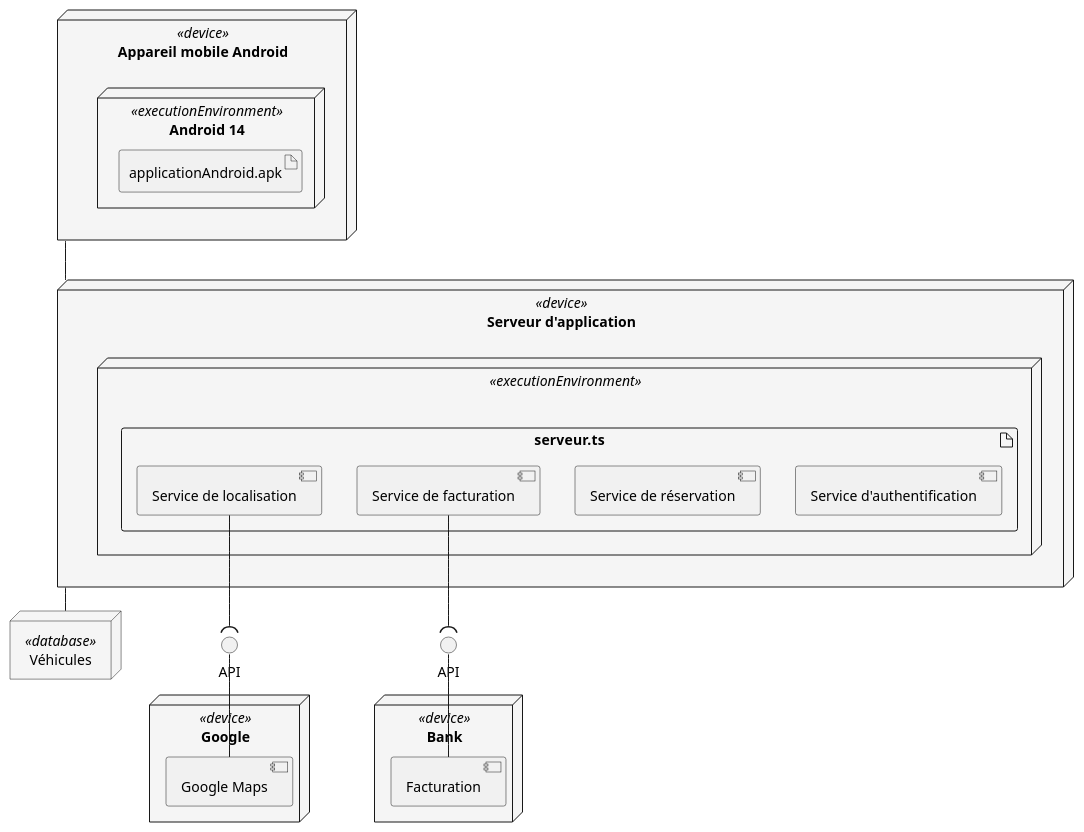
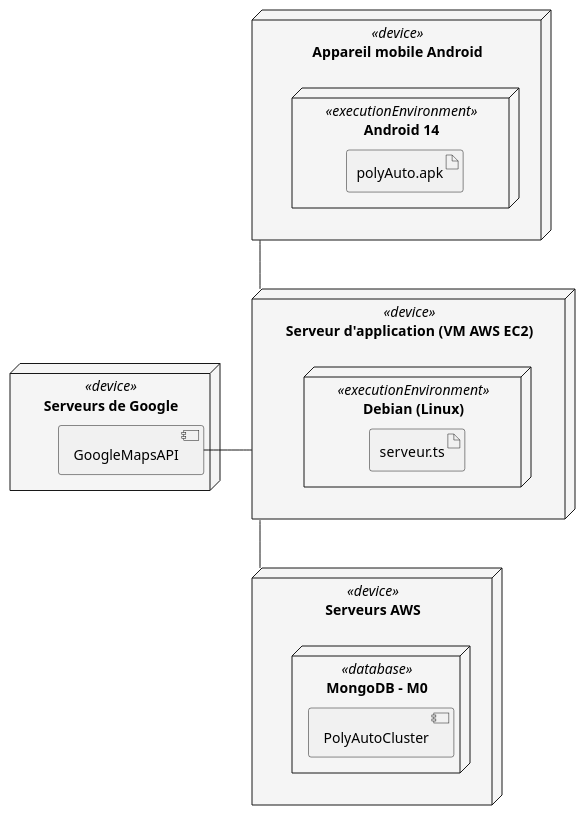
The diagram in plant_uml/exempleDiagDeployment.plantuml (gigl-uml/Guide_uml_polymtl), drawn with PlantUML before and after one commit. The commit also changed 2 other files, not shown here.

Commit message:
deployment diagram exemple client serveur'

```diff
--- a/plant_uml/exempleDiagDeployment.plantuml
+++ b/plant_uml/exempleDiagDeployment.plantuml
@@ -1,43 +1,42 @@
 @startuml
 skinparam backgroundcolor transparent
 skinparam NodeBackgroundColor whitesmoke
 skinparam linetype ortho
  
 node "Appareil mobile Android" as androidDevice <<device>>{
   node "Android 14" <<executionEnvironment>> {
-      artifact "applicationAndroid.apk"
+      artifact "polyAuto.apk"
   }
 }
 
-node "Serveur d'application" as backend <<device>> {
-  node " " <<executionEnvironment>> {
-    artifact serveur.ts {
-      component "Service d'authentification" as authservice
-      component "Service de réservation" as bookingservice
-      component "Service de localisation" as locationservice
-      component "Service de facturation" as billingservice
-    }
+
+
+node "Serveur d'application (VM AWS EC2)" as backend <<device>> {
+  node "Debian (Linux)" <<executionEnvironment>> {
+    artifact serveur.ts
   }
 }
 
-node Google <<device>> {
-  component "Google Maps" as gmaps
+
+
+
+node "Serveurs de Google" <<device>> {
+  component "GoogleMapsAPI" as gmaps
 }
 
-node Bank <<device>> {
-  component "Facturation" as facturation
+
+
+
+
+
+node "Serveurs AWS" as vehic <<device>> {
+    node "MongoDB - M0" <<database>> {
+      component "PolyAutoCluster"
+  }
 }
 
-node "Véhicules" as vehic <<database>>
-
-interface "API" as api_1
-interface "API" as api_2
-
-androidDevice -- backend
-locationservice --( api_1
-api_1 -- gmaps
-billingservice --( api_2
-api_2 -- facturation
-backend -- vehic
+backend --- vehic
+androidDevice --d- backend
+gmaps - backend
 
 @enduml
```
